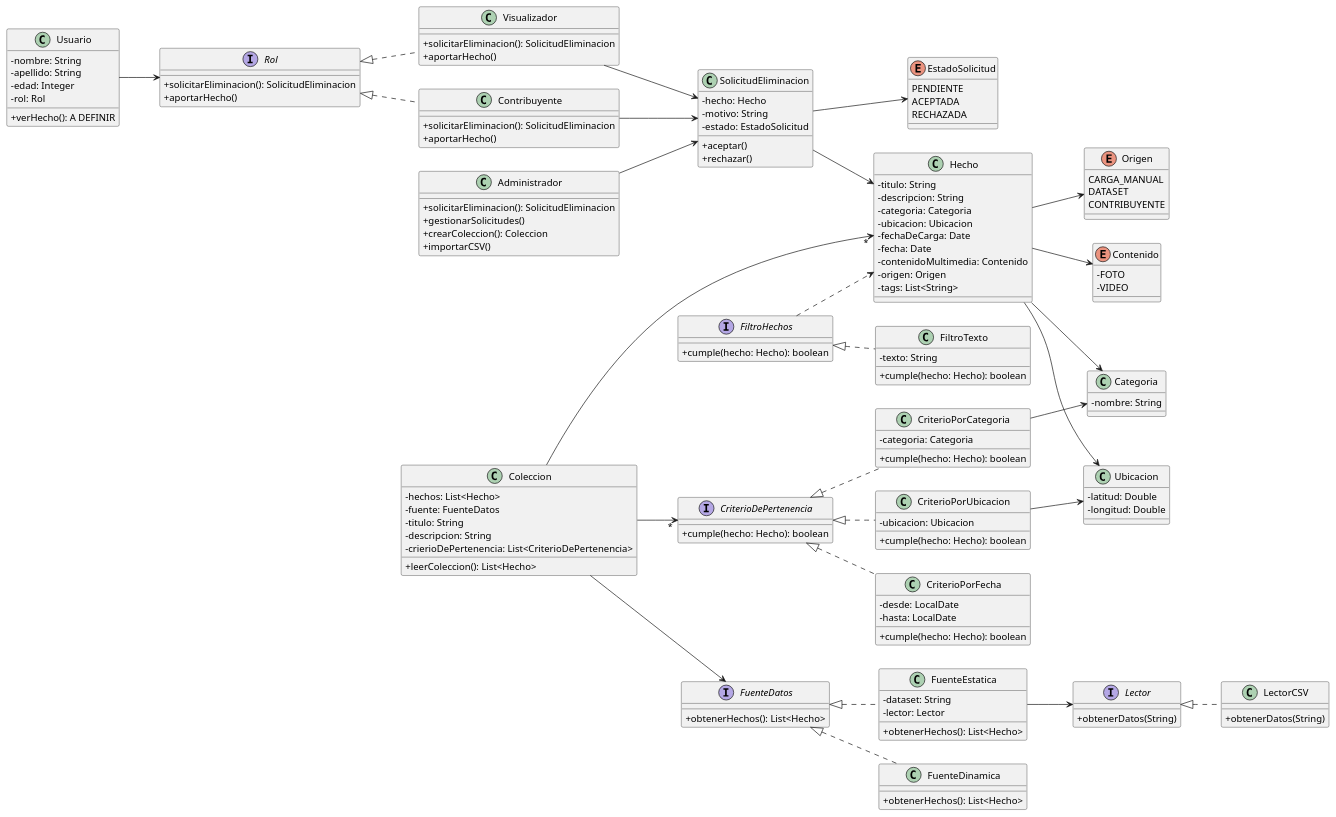
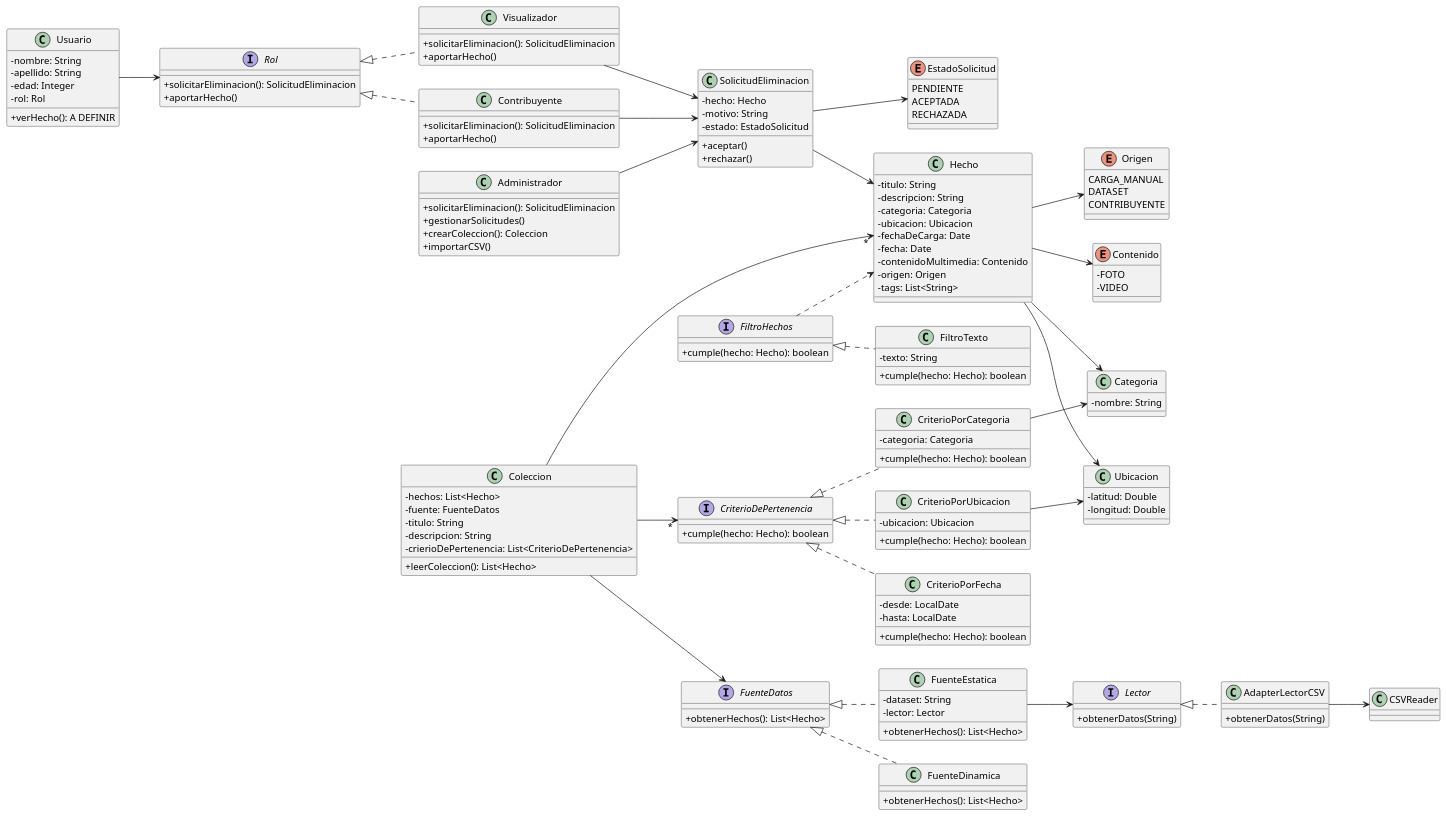
One commit to nicofernandez17/backend-arquitectura-limpia changed the diagram in DC_V2.puml. Above: the diagram before and after it, drawn with PlantUML. The commit also changed 3 other files, not shown here.

Commit message:
LectorCSV a adapter

```diff
--- a/DC_V2.puml
+++ b/DC_V2.puml
@@ -1,176 +1,181 @@
 @startuml
 left to right direction
 skinparam classAttributeIconSize 0
 
 '---------------------- Usuarios ----------------------
 class Usuario {
     -nombre: String
     -apellido: String
     -edad: Integer
     -rol: Rol
 
     +verHecho(): A DEFINIR
 }
 
 interface Rol {
     +solicitarEliminacion(): SolicitudEliminacion
     +aportarHecho()
 }
 
 class Visualizador implements Rol {
     +solicitarEliminacion(): SolicitudEliminacion
     +aportarHecho()
 }
 
 class Contribuyente implements Rol {
     +solicitarEliminacion(): SolicitudEliminacion
     +aportarHecho()
 }
 
 class Administrador {
 
     +solicitarEliminacion(): SolicitudEliminacion
     +gestionarSolicitudes()
     +crearColeccion(): Coleccion
     +importarCSV()
 }
 
 Usuario --> Rol
 Administrador --> SolicitudEliminacion
 Visualizador --> SolicitudEliminacion
 Contribuyente --> SolicitudEliminacion
 
 '---------------------- Solicitud Eliminación ----------------------
 class SolicitudEliminacion {
     -hecho: Hecho
     -motivo: String
     -estado: EstadoSolicitud
 
     +aceptar()
     +rechazar()
 }
 
 enum EstadoSolicitud {
     PENDIENTE
     ACEPTADA
     RECHAZADA
 }
 
 SolicitudEliminacion --> Hecho
 SolicitudEliminacion --> EstadoSolicitud
 
 '---------------------- Colecciones ----------------------
 class Coleccion {
     -hechos: List<Hecho>
     -fuente: FuenteDatos
     -titulo: String
     -descripcion: String
     -crierioDePertenencia: List<CriterioDePertenencia>
 
     +leerColeccion(): List<Hecho>
 }
 
 interface CriterioDePertenencia {
     +cumple(hecho: Hecho): boolean
 }
 
 class CriterioPorUbicacion implements CriterioDePertenencia {
     -ubicacion: Ubicacion
     +cumple(hecho: Hecho): boolean
 }
 
 class CriterioPorFecha implements CriterioDePertenencia {
     -desde: LocalDate
     -hasta: LocalDate
     +cumple(hecho: Hecho): boolean
 }
 
 class CriterioPorCategoria implements CriterioDePertenencia {
     -categoria: Categoria
     +cumple(hecho: Hecho): boolean
 }
 
 Coleccion --> "*" Hecho
 Coleccion --> FuenteDatos
 Coleccion --> "*" CriterioDePertenencia
 CriterioPorCategoria --> Categoria
 CriterioPorUbicacion --> Ubicacion
 
 '---------------------- Hechos ----------------------
 class Hecho {
     -titulo: String
     -descripcion: String
     -categoria: Categoria
     -ubicacion: Ubicacion
     -fechaDeCarga: Date
     -fecha: Date
     -contenidoMultimedia: Contenido
     -origen: Origen
     -tags: List<String>
 }
 
 class Categoria {
     -nombre: String
 }
 
 enum Origen {
     CARGA_MANUAL
     DATASET
     CONTRIBUYENTE
 }
 
 class Ubicacion {
     -latitud: Double
     -longitud: Double
 }
 
 enum Contenido {
     -FOTO
     -VIDEO
 }
 
 Hecho --> Categoria
 Hecho --> Ubicacion
 Hecho --> Origen
 Hecho --> Contenido
 
 '---------------------- Filtros de Hechos ----------------------
 interface FiltroHechos {
     +cumple(hecho: Hecho): boolean
 }
 
 class FiltroTexto implements FiltroHechos {
     -texto: String
     +cumple(hecho: Hecho): boolean
 }
 
 FiltroHechos ..> Hecho
 
 '---------------------- Fuentes de Datos ----------------------
 interface FuenteDatos {
     +obtenerHechos(): List<Hecho>
 }
 
 class FuenteEstatica implements FuenteDatos {
     -dataset: String
     -lector: Lector
     +obtenerHechos(): List<Hecho>
 }
 
 class FuenteDinamica implements FuenteDatos {
     +obtenerHechos(): List<Hecho>
 }
 
 FuenteEstatica --> Lector
 
 '---------------------- Lectores ----------------------
 interface Lector {
     +obtenerDatos(String)
 }
 
-class LectorCSV implements Lector {
+class AdapterLectorCSV implements Lector {
 
     +obtenerDatos(String)
 }
 
+class CSVReader {
+
+}
+AdapterLectorCSV --> CSVReader
+
 @enduml
```
